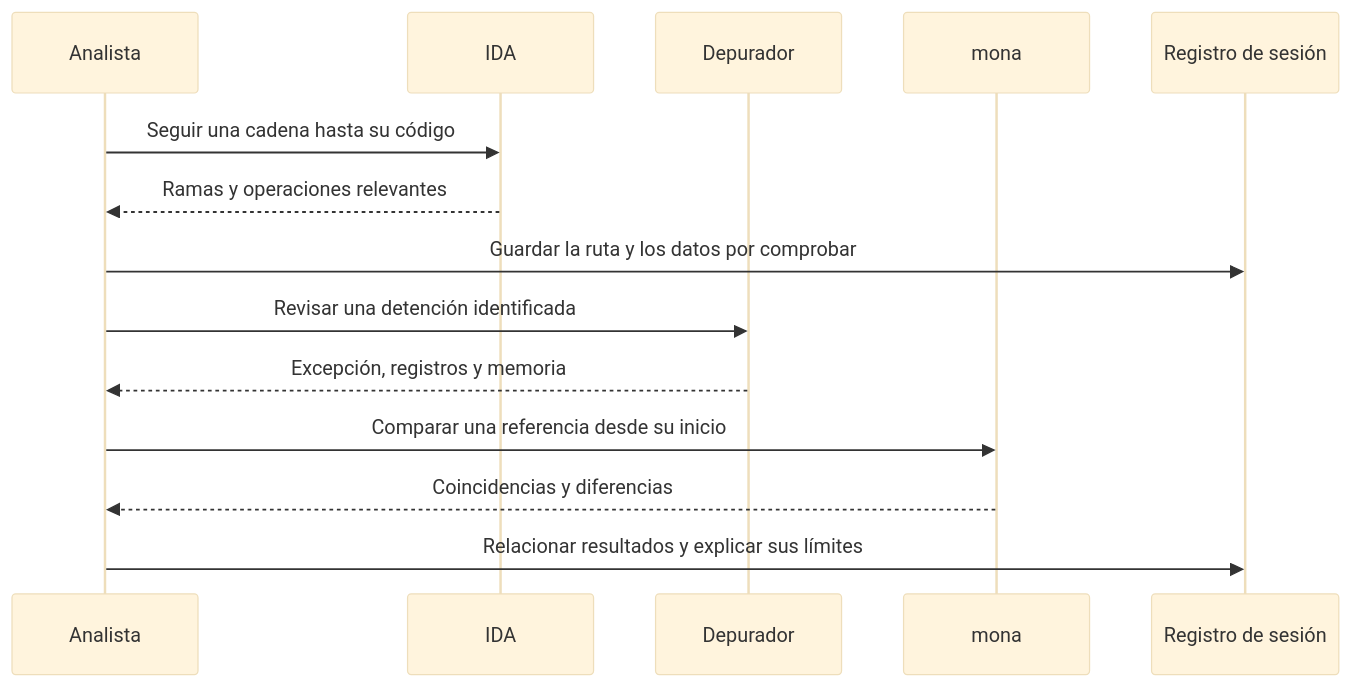
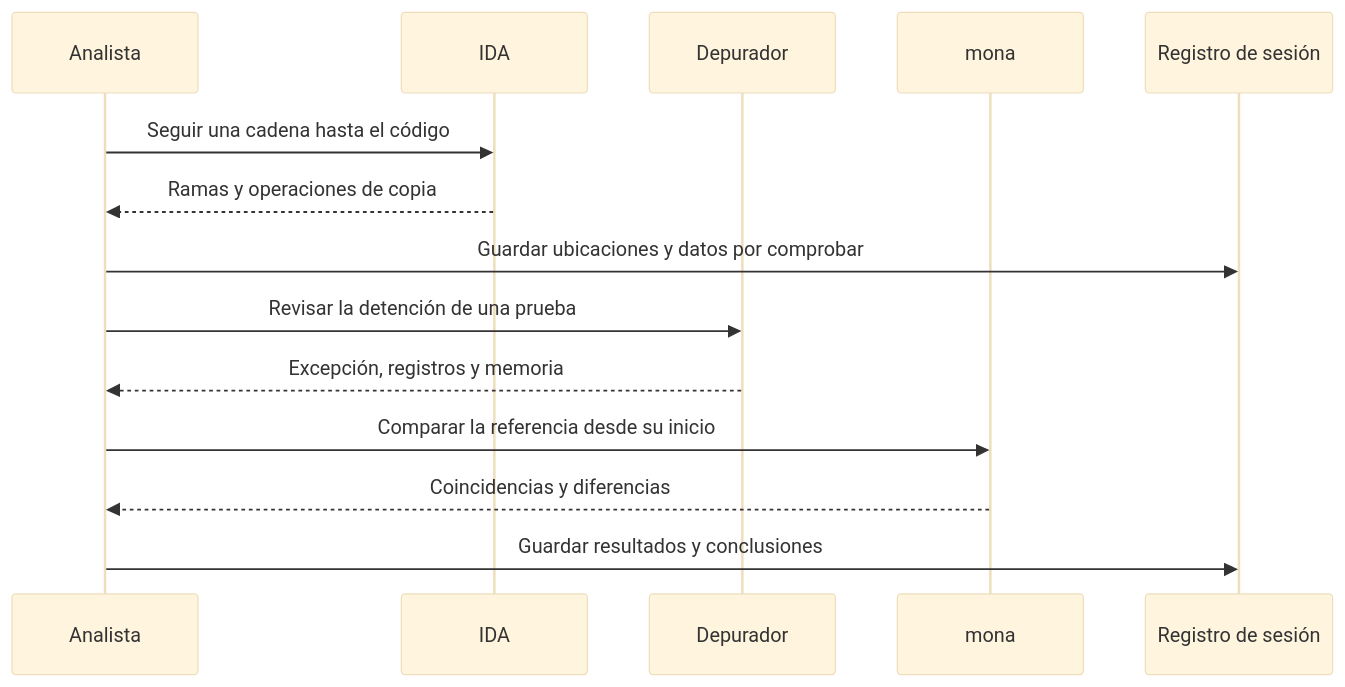
One commit to jonbondani/arsenal-analista changed the second of 2 diagrams in docs/02-metodologia.md. Above: the diagram before and after it, drawn with Mermaid (base theme). The commit also changed other lines of this file and 25 other files, not shown here.

````diff
--- a/docs/02-metodologia.md
+++ b/docs/02-metodologia.md
@@ -53,16 +52,16 @@
 ```mermaid
 sequenceDiagram
     participant A as Analista
     participant I as IDA
     participant D as Depurador
     participant M as mona
     participant R as Registro de sesión
-    A->>I: Seguir una cadena hasta su código
-    I-->>A: Ramas y operaciones relevantes
-    A->>R: Guardar la ruta y los datos por comprobar
-    A->>D: Revisar una detención identificada
+    A->>I: Seguir una cadena hasta el código
+    I-->>A: Ramas y operaciones de copia
+    A->>R: Guardar ubicaciones y datos por comprobar
+    A->>D: Revisar la detención de una prueba
     D-->>A: Excepción, registros y memoria
-    A->>M: Comparar una referencia desde su inicio
+    A->>M: Comparar la referencia desde su inicio
     M-->>A: Coincidencias y diferencias
-    A->>R: Relacionar resultados y explicar sus límites
+    A->>R: Guardar resultados y conclusiones
 ```
````
